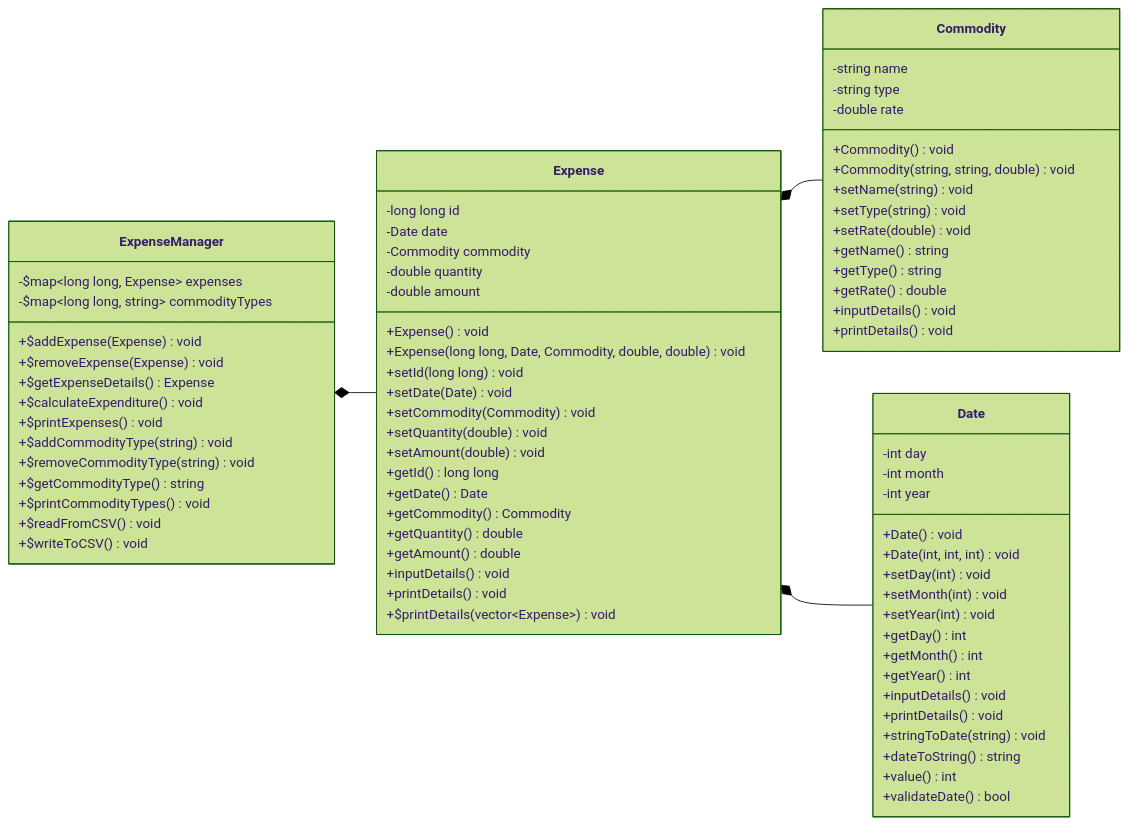
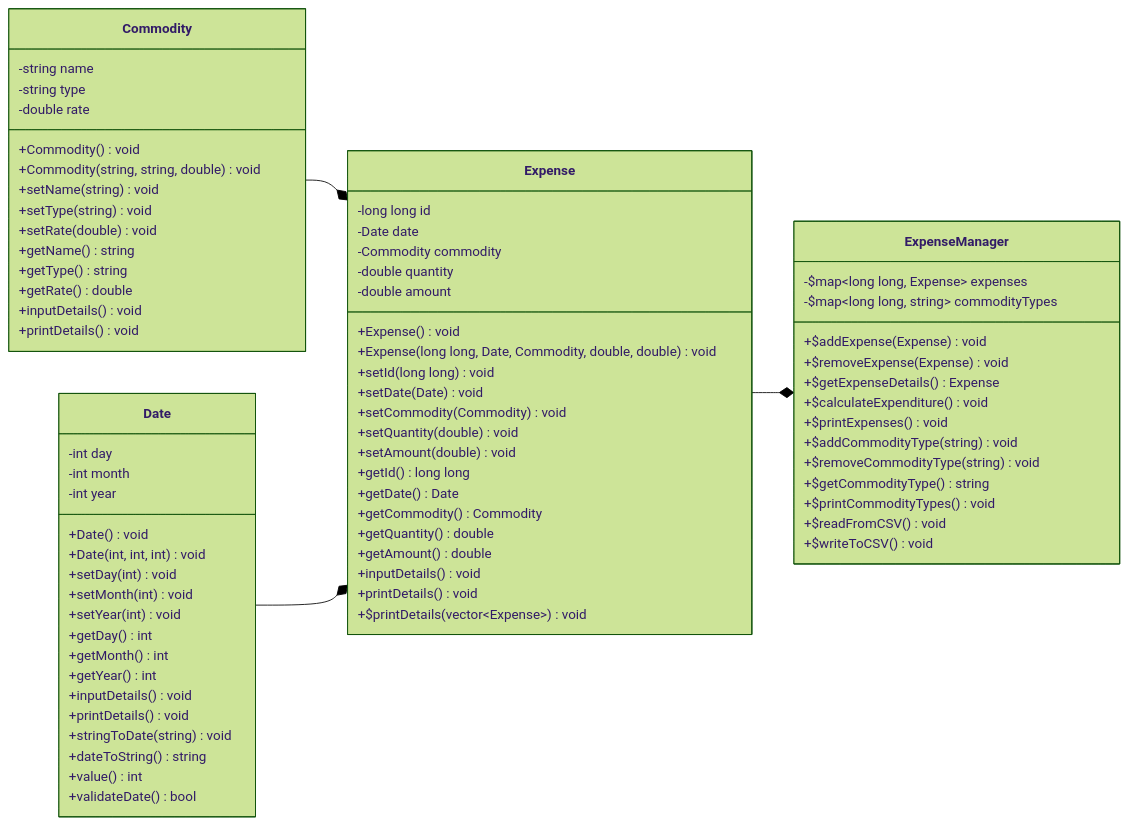
The diagram in README.md (code-chaser/expense-manager), drawn with Mermaid (forest theme) before and after one commit. The commit also changed other lines of this file, not shown here.

````diff
--- a/README.md
+++ b/README.md
@@ -100,6 +102,8 @@
 ```mermaid
+
+
 classDiagram
-   direction LR
+   direction RL
    class ExpenseManager{
       -$map~long long, Expense~ expenses
       -$map~long long, string~ commodityTypes
````
